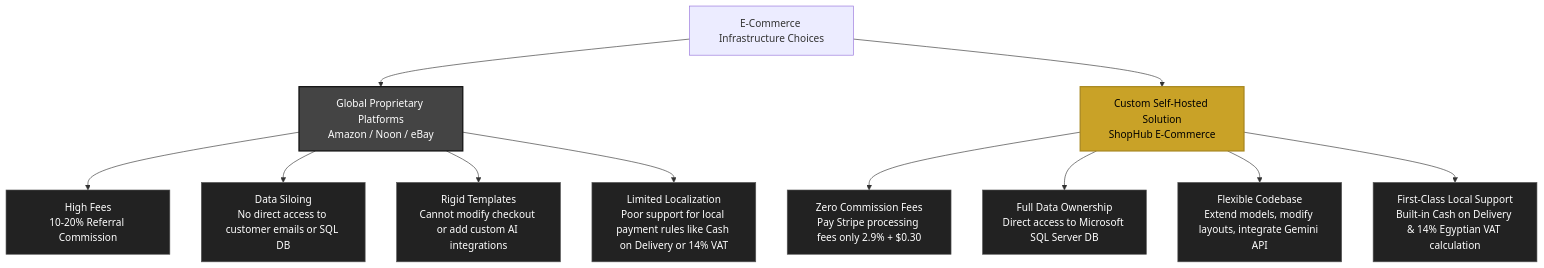
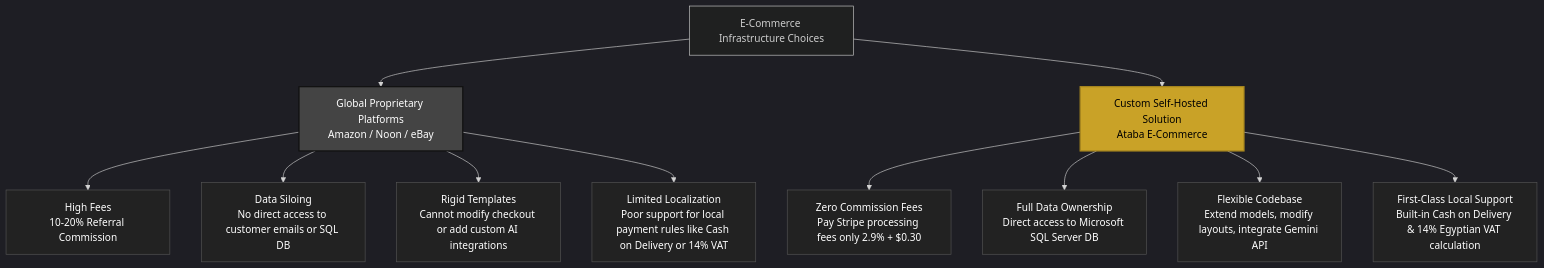
The diagram in Book/Sec-2_Background_Research.md (abdulrahmanhossam/ecommerce-mvc), drawn with Mermaid before and after one commit. The commit also changed other lines of this file and 75 other files, not shown here.

````diff
--- a/Book/Sec-2_Background_Research.md
+++ b/Book/Sec-2_Background_Research.md
@@ -89,19 +89,20 @@
 ```mermaid
+%%{init: {'theme': 'dark'}}%%
 graph TD
     classDef global fill:#444,stroke:#111,stroke-width:2px,color:#fff;
     classDef custom fill:#c9a227,stroke:#a8871f,stroke-width:2px,color:#000;
     classDef branch fill:#222,stroke:#555,stroke-width:1px,color:#fff;
 
     Root[E-Commerce Infrastructure Choices] --> Global[Global Proprietary Platforms<br/>Amazon / Noon / eBay]:::global
-    Root --> Custom[Custom Self-Hosted Solution<br/>ShopHub E-Commerce]:::custom
+    Root --> Custom[Custom Self-Hosted Solution<br/>Ataba E-Commerce]:::custom
 
     Global --> G1[High Fees<br/>10-20% Referral Commission]:::branch
     Global --> G2[Data Siloing<br/>No direct access to customer emails or SQL DB]:::branch
     Global --> G3[Rigid Templates<br/>Cannot modify checkout or add custom AI integrations]:::branch
     Global --> G4[Limited Localization<br/>Poor support for local payment rules like Cash on Delivery or 14% VAT]:::branch
 
     Custom --> C1[Zero Commission Fees<br/>Pay Stripe processing fees only 2.9% + $0.30]:::branch
     Custom --> C2[Full Data Ownership<br/>Direct access to Microsoft SQL Server DB]:::branch
     Custom --> C3[Flexible Codebase<br/>Extend models, modify layouts, integrate Gemini API]:::branch
     Custom --> C4[First-Class Local Support<br/>Built-in Cash on Delivery & 14% Egyptian VAT calculation]:::branch
 ```
````
